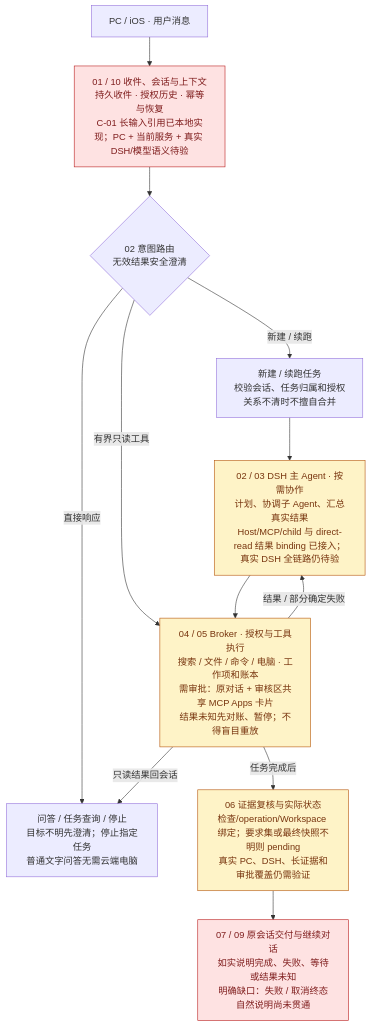
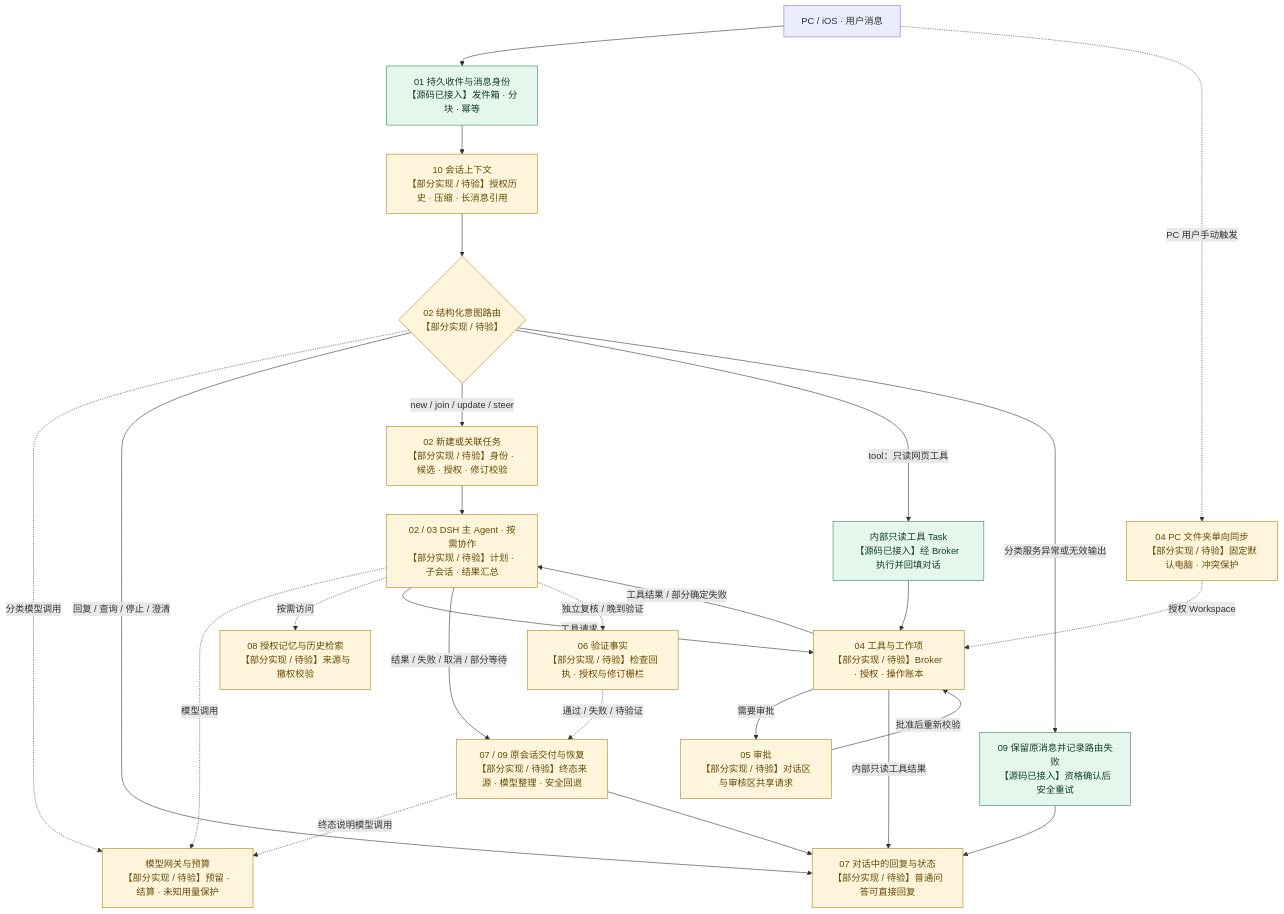
The first of 4 diagrams in docs/muse_docs/muse_steps/Morde 复刻 Muse 最终流程与开发设计.md (lizhongxuan/morde), drawn with Mermaid before and after one commit. The commit also changed other lines of this file and 41 other files, not shown here.

````diff
--- a/docs/muse_docs/muse_steps/Morde 复刻 Muse 最终流程与开发设计.md
+++ b/docs/muse_docs/muse_steps/Morde 复刻 Muse 最终流程与开发设计.md
@@ -65,18 +65,32 @@
 ```mermaid
 flowchart TD
-    P["PC / iOS · 用户消息"] --> A["01 / 10 收件、会话与上下文<br/>持久收件 · 授权历史 · 幂等与恢复<br/>C-01 长输入引用已本地实现；PC + 当前服务 + 真实 DSH/模型语义待验"]
-    A --> R{"02 意图路由<br/>无效结果安全澄清"}
-    R -->|直接响应| Q["问答 / 任务查询 / 停止<br/>目标不明先澄清；停止指定任务<br/>普通文字问答无需云端电脑"]
-    R -->|新建 / 续跑| T["新建 / 续跑任务<br/>校验会话、任务归属和授权<br/>关系不清时不擅自合并"]
-    T --> D["02 / 03 DSH 主 Agent · 按需协作<br/>计划、协调子 Agent、汇总真实结果<br/>Host/MCP/child 与 direct-read 结果 binding 已接入；真实 DSH 全链路仍待验"]
-    R -->|有界只读工具| B
-    D --> B["04 / 05 Broker · 授权与工具执行<br/>搜索 / 文件 / 命令 / 电脑 · 工作项和账本<br/>需审批：原对话 + 审核区共享 MCP Apps 卡片<br/>结果未知先对账、暂停；不得盲目重放"]
-    B -->|结果 / 部分确定失败| D
-    B -->|只读结果回会话| Q
-    B -->|任务完成后| V["06 证据复核与实际状态<br/>检查/operation/Workspace 绑定；要求集或最终快照不明则 pending<br/>真实 PC、DSH、长证据和审批覆盖仍需验证"]
-    V --> O["07 / 09 原会话交付与继续对话<br/>如实说明完成、失败、等待或结果未知<br/>明确缺口：失败 / 取消终态自然说明尚未贯通"]
-    classDef gap fill:#fee2e2,stroke:#b91c1c,color:#7f1d1d;
-    classDef pending fill:#fef3c7,stroke:#b45309,color:#78350f;
-    class A,O gap;
-    class D,B,V pending;
+    P["PC / iOS · 用户消息"] --> A["01 持久收件与消息身份<br/>【源码已接入】发件箱 · 分块 · 幂等"]
+    A --> C["10 会话上下文<br/>【部分实现 / 待验】授权历史 · 压缩 · 长消息引用"]
+    C --> R{"02 结构化意图路由<br/>【部分实现 / 待验】"}
+    R -.->|分类模型调用| G["模型网关与预算<br/>【部分实现 / 待验】预留 · 结算 · 未知用量保护"]
+    R -->|回复 / 查询 / 停止 / 澄清| Q["07 对话中的回复与状态<br/>【部分实现 / 待验】普通问答可直接回复"]
+    R -->|new / join / update / steer| T["02 新建或关联任务<br/>【部分实现 / 待验】身份 · 候选 · 授权 · 修订校验"]
+    R -->|tool：只读网页工具| X["内部只读工具 Task<br/>【源码已接入】经 Broker 执行并回填对话"]
+    R -->|分类服务异常或无效输出| F["09 保留原消息并记录路由失败<br/>【源码已接入】资格确认后安全重试"]
+    F --> Q
+    T --> D["02 / 03 DSH 主 Agent · 按需协作<br/>【部分实现 / 待验】计划 · 子会话 · 结果汇总"]
+    D -.->|模型调用| G
+    D -.->|按需访问| M["08 授权记忆与历史检索<br/>【部分实现 / 待验】来源与撤权校验"]
+    X --> B
+    D -->|工具请求| B["04 工具与工作项<br/>【部分实现 / 待验】Broker · 授权 · 操作账本"]
+    B -->|需要审批| H["05 审批<br/>【部分实现 / 待验】对话区与审核区共享请求"]
+    H -->|批准后重新校验| B
+    B -->|工具结果 / 部分确定失败| D
+    B -->|内部只读工具结果| Q
+    D -->|结果 / 失败 / 取消 / 部分等待| O["07 / 09 原会话交付与恢复<br/>【部分实现 / 待验】终态来源 · 模型整理 · 安全回退"]
+    O -.->|终态说明模型调用| G
+    D -.->|独立复核 / 晚到验证| V["06 验证事实<br/>【部分实现 / 待验】检查回执 · 授权与修订栅栏"]
+    V -.->|通过 / 失败 / 待验证| O
+    O --> Q
+    P -.->|PC 用户手动触发| S["04 PC 文件夹单向同步<br/>【部分实现 / 待验】固定默认电脑 · 冲突保护"]
+    S -.->|授权 Workspace| B
+    classDef connected fill:#e5f7ed,stroke:#32845f,color:#123e2d;
+    classDef partial fill:#fff5dd,stroke:#b48115,color:#654b00;
+    class A,X,F connected;
+    class C,M,R,T,D,B,H,V,O,Q,S,G partial;
 ```
````
